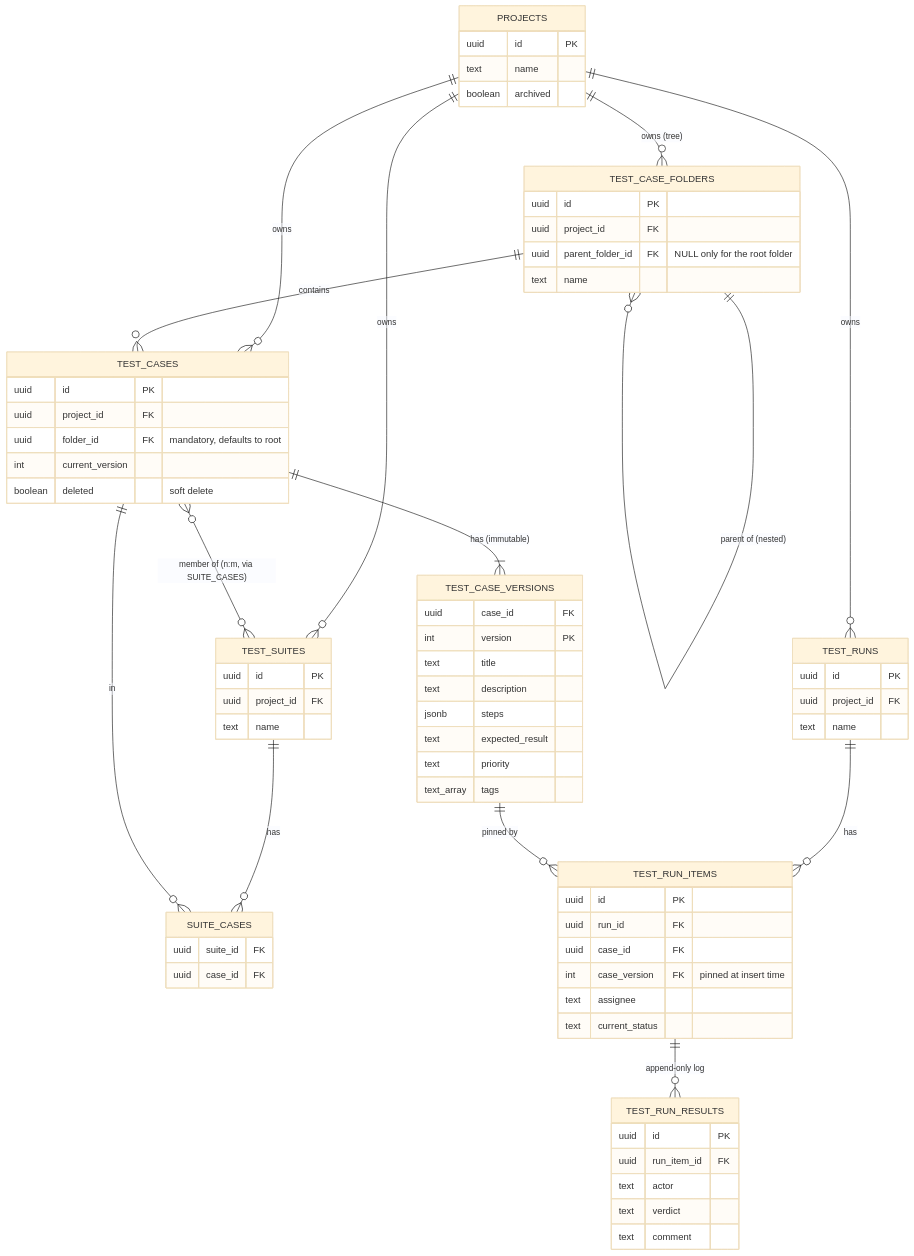
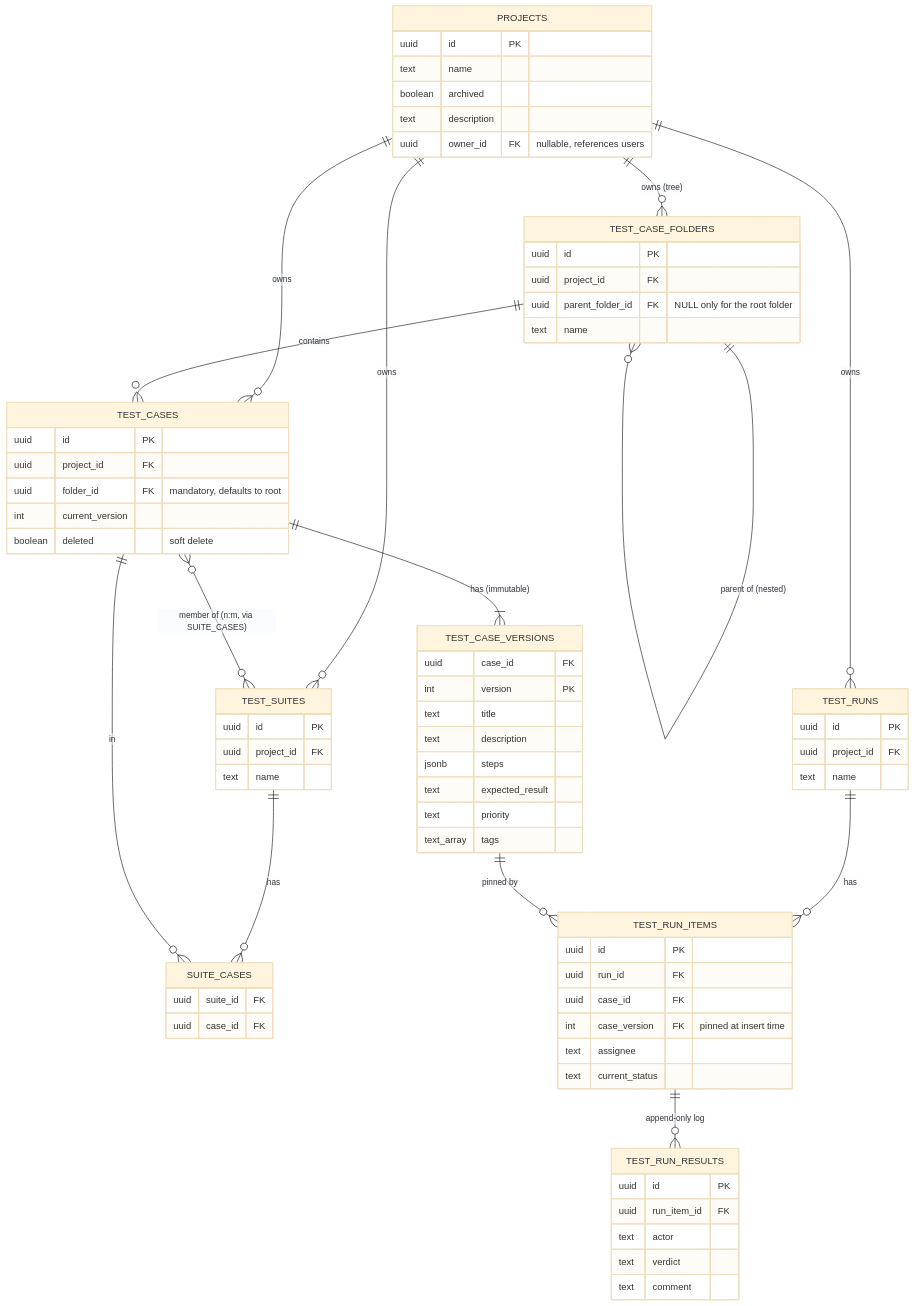
The diagram in docs/database.md (Barayo/TestPulse), drawn with Mermaid (base theme) before and after one commit. The commit also changed other lines of this file and 100 other files, not shown here.

````diff
--- a/docs/database.md
+++ b/docs/database.md
@@ -13,78 +13,80 @@
 ```mermaid
 erDiagram
     PROJECTS ||--o{ TEST_CASE_FOLDERS : "owns (tree)"
     PROJECTS ||--o{ TEST_CASES : owns
     PROJECTS ||--o{ TEST_SUITES : owns
     PROJECTS ||--o{ TEST_RUNS : owns
 
     TEST_CASE_FOLDERS ||--o{ TEST_CASE_FOLDERS : "parent of (nested)"
     TEST_CASE_FOLDERS ||--o{ TEST_CASES : contains
 
     TEST_CASES ||--|{ TEST_CASE_VERSIONS : "has (immutable)"
     TEST_CASES }o--o{ TEST_SUITES : "member of (n:m, via SUITE_CASES)"
 
     TEST_SUITES ||--o{ SUITE_CASES : has
     TEST_CASES ||--o{ SUITE_CASES : "in"
 
     TEST_RUNS ||--o{ TEST_RUN_ITEMS : has
     TEST_CASE_VERSIONS ||--o{ TEST_RUN_ITEMS : "pinned by"
     TEST_RUN_ITEMS ||--o{ TEST_RUN_RESULTS : "append-only log"
 
     PROJECTS {
         uuid id PK
         text name
         boolean archived
+        text description
+        uuid owner_id FK "nullable, references users"
     }
     TEST_CASE_FOLDERS {
         uuid id PK
         uuid project_id FK
         uuid parent_folder_id FK "NULL only for the root folder"
         text name
     }
     TEST_CASES {
         uuid id PK
         uuid project_id FK
         uuid folder_id FK "mandatory, defaults to root"
         int current_version
         boolean deleted "soft delete"
     }
     TEST_CASE_VERSIONS {
         uuid case_id FK
         int version PK
         text title
         text description
         jsonb steps
         text expected_result
         text priority
         text_array tags
     }
     TEST_SUITES {
         uuid id PK
         uuid project_id FK
         text name
     }
     SUITE_CASES {
         uuid suite_id FK
         uuid case_id FK
     }
     TEST_RUNS {
         uuid id PK
         uuid project_id FK
         text name
     }
     TEST_RUN_ITEMS {
         uuid id PK
         uuid run_id FK
         uuid case_id FK
         int case_version FK "pinned at insert time"
         text assignee
         text current_status
     }
     TEST_RUN_RESULTS {
         uuid id PK
         uuid run_item_id FK
         text actor
         text verdict
         text comment
     }
 ```
````
